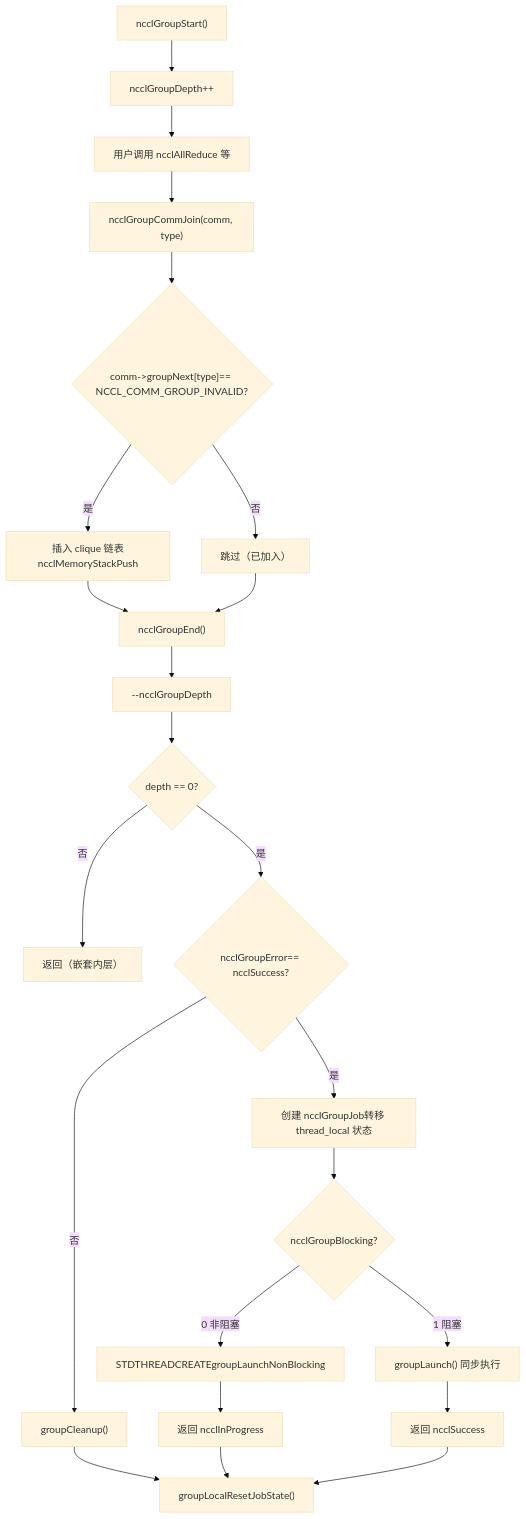
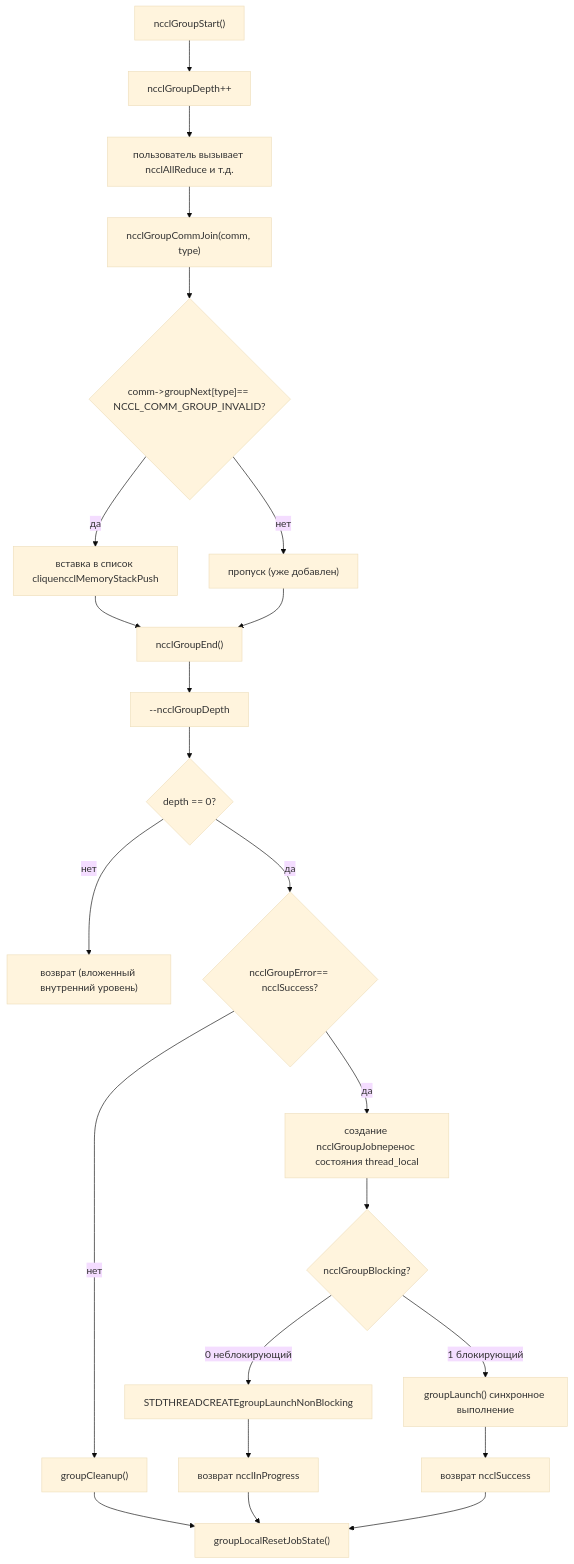
One commit to maleRjc/AiReadCodeBooks changed the first of 2 diagrams in books/nccl/ru/07-task-scheduler-and-channels.md. Above: the diagram before and after it, drawn with Mermaid (base theme). The commit also changed other lines of this file and 74 other files, not shown here.

````diff
--- a/books/nccl/ru/07-task-scheduler-and-channels.md
+++ b/books/nccl/ru/07-task-scheduler-and-channels.md
@@ -420,25 +422,25 @@
 ```mermaid
 flowchart TD
     gs["ncclGroupStart()"] --> depth_inc["ncclGroupDepth++"]
-    depth_inc --> api_calls["用户调用 ncclAllReduce 等"]
+    depth_inc --> api_calls["пользователь вызывает ncclAllReduce и т.д."]
     api_calls --> join["ncclGroupCommJoin(comm, type)"]
     join --> check_dup{"comm->groupNext[type]== NCCL_COMM_GROUP_INVALID?"}
-    check_dup -->|是| insert["插入 clique 链表ncclMemoryStackPush"]
-    check_dup -->|否| skip["跳过（已加入）"]
+    check_dup -->|да| insert["вставка в список cliquencclMemoryStackPush"]
+    check_dup -->|нет| skip["пропуск (уже добавлен)"]
     insert --> ge["ncclGroupEnd()"]
     skip --> ge
     ge --> depth_dec["--ncclGroupDepth"]
     depth_dec --> depth_zero{"depth == 0?"}
-    depth_zero -->|否| ret_early["返回（嵌套内层）"]
-    depth_zero -->|是| check_err{"ncclGroupError== ncclSuccess?"}
-    check_err -->|否| fail_cleanup["groupCleanup()"]
-    check_err -->|是| create_job["创建 ncclGroupJob转移 thread_local 状态"]
+    depth_zero -->|нет| ret_early["возврат (вложенный внутренний уровень)"]
+    depth_zero -->|да| check_err{"ncclGroupError== ncclSuccess?"}
+    check_err -->|нет| fail_cleanup["groupCleanup()"]
+    check_err -->|да| create_job["создание ncclGroupJobперенос состояния thread_local"]
     create_job --> blocking{"ncclGroupBlocking?"}
-    blocking -->|0 非阻塞| spawn_thread["STDTHREADCREATEgroupLaunchNonBlocking"]
-    blocking -->|1 阻塞| sync_launch["groupLaunch() 同步执行"]
-    spawn_thread --> ret_progress["返回 ncclInProgress"]
-    sync_launch --> ret_ok["返回 ncclSuccess"]
+    blocking -->|0 неблокирующий| spawn_thread["STDTHREADCREATEgroupLaunchNonBlocking"]
+    blocking -->|1 блокирующий| sync_launch["groupLaunch() синхронное выполнение"]
+    spawn_thread --> ret_progress["возврат ncclInProgress"]
+    sync_launch --> ret_ok["возврат ncclSuccess"]
     fail_cleanup --> reset["groupLocalResetJobState()"]
     ret_progress --> reset
     ret_ok --> reset
 ```
````
